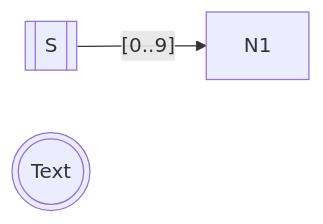
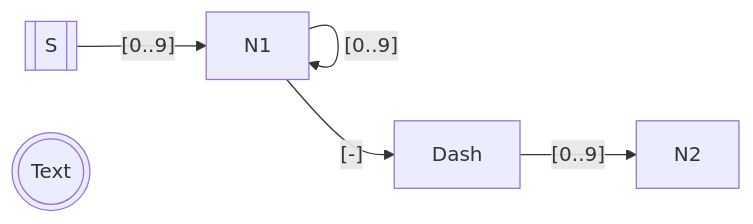
One commit to jepoen/screencasts changed the second of 2 diagrams in rust/adventofcode-2020/day02/README.md. Above: the diagram before and after it, drawn with Mermaid.

Commit message:
test mermaid

```diff
--- a/rust/adventofcode-2020/day02/README.md
+++ b/rust/adventofcode-2020/day02/README.md
@@ -45,7 +45,10 @@
 ~~~mermaid
 flowchart LR;
 S[[S]];
 Text(((Text)));
 
 S-->|"[0..9]"|N1;
+N1-->|"[0..9]"|N1;
+N1-->|"[-]"|Dash;
+Dash-->|"[0..9]"|N2;
 ~~~
```
